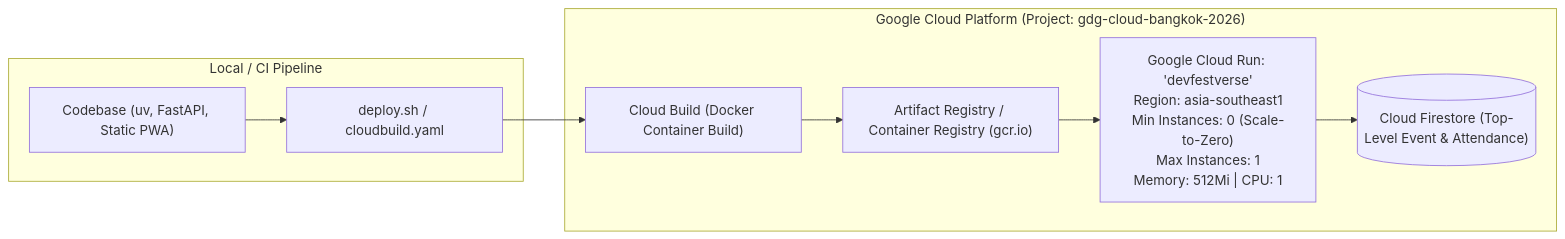
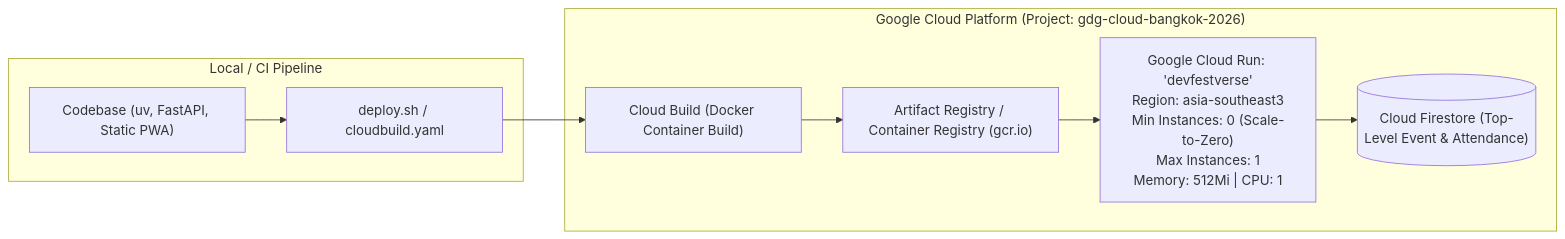
The eighth of 8 diagrams in architecture.md (fonylew/devfestverse), drawn with Mermaid before and after one commit. The commit also changed 6 other files, not shown here.

Commit message:
feat: add start.py for dynamic PORT binding and migrate deployment region to asia-southeast3

````diff
--- a/architecture.md
+++ b/architecture.md
@@ -314,20 +314,20 @@
 ```mermaid
 graph LR
     subgraph DevMachine ["Local / CI Pipeline"]
         SourceCode["Codebase (uv, FastAPI, Static PWA)"]
         DeployScript["deploy.sh / cloudbuild.yaml"]
     end
 
     subgraph GCP ["Google Cloud Platform (Project: gdg-cloud-bangkok-2026)"]
         CloudBuild["Cloud Build (Docker Container Build)"]
         ArtifactReg["Artifact Registry / Container Registry (gcr.io)"]
-        CloudRun["Google Cloud Run: 'devfestverse'<br/>Region: asia-southeast1<br/>Min Instances: 0 (Scale-to-Zero)<br/>Max Instances: 1<br/>Memory: 512Mi | CPU: 1"]
+        CloudRun["Google Cloud Run: 'devfestverse'<br/>Region: asia-southeast3<br/>Min Instances: 0 (Scale-to-Zero)<br/>Max Instances: 1<br/>Memory: 512Mi | CPU: 1"]
         FirestoreDB[("Cloud Firestore (Top-Level Event & Attendance)")]
     end
 
     SourceCode --> DeployScript
     DeployScript --> CloudBuild
     CloudBuild --> ArtifactReg
     ArtifactReg --> CloudRun
     CloudRun --> FirestoreDB
 ```
````
